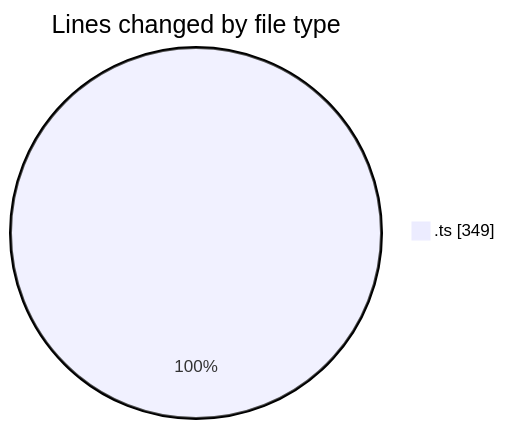
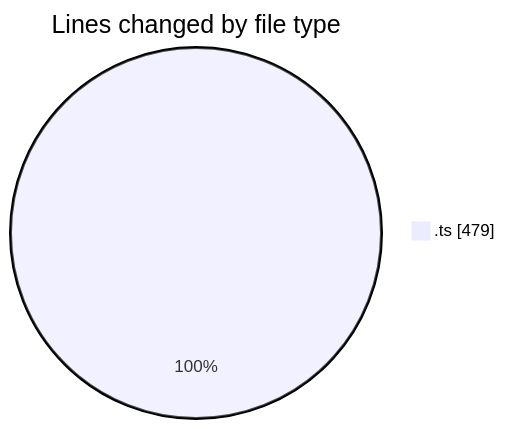
The first of 2 diagrams in 2026-01-27/nxtqube_webapp/README.md (nxtqubesakshisongat/code-tracking), drawn with Mermaid before and after one commit. The commit also changed other lines of this file and 1 other file, not shown here.

````diff
--- a/2026-01-27/nxtqube_webapp/README.md
+++ b/2026-01-27/nxtqube_webapp/README.md
@@ -24,5 +26,5 @@
 ```mermaid
 pie showData
 title Lines changed by file type
-".ts" : 349
+".ts" : 479
 ```
````
